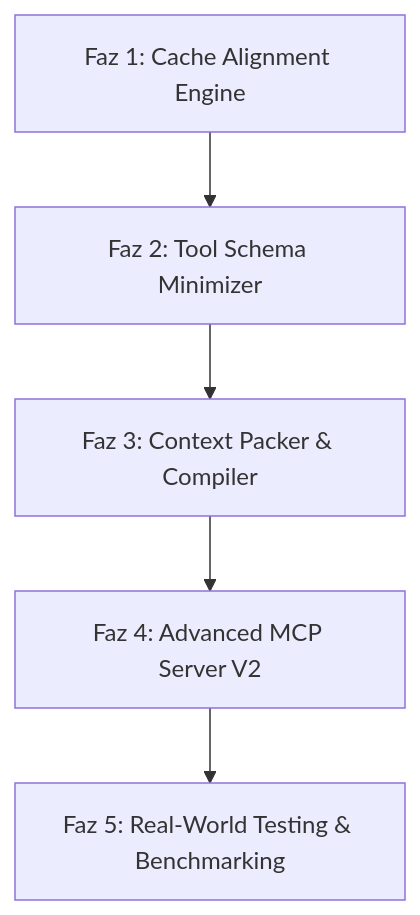
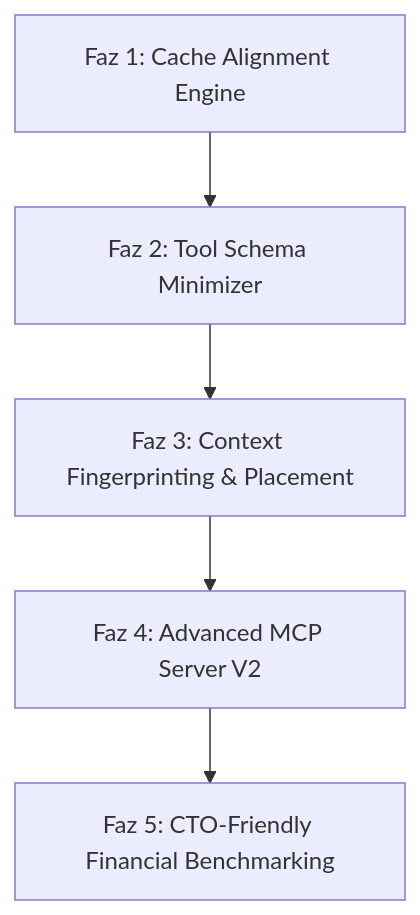
Before and after one commit to Baran3575/ContextIt: the diagram in plan.md, drawn with Mermaid. The commit also changed other lines of this file and 1 other file, not shown here.

Commit message:
docs: elevate ContextIt positioning and add Context Fingerprinting to plan.md

````diff
--- a/plan.md
+++ b/plan.md
@@ -32,7 +42,7 @@
 ```mermaid
 graph TD
     Phase1[Faz 1: Cache Alignment Engine] --> Phase2[Faz 2: Tool Schema Minimizer]
-    Phase2 --> Phase3[Faz 3: Context Packer & Compiler]
+    Phase2 --> Phase3[Faz 3: Context Fingerprinting & Placement]
     Phase3 --> Phase4[Faz 4: Advanced MCP Server V2]
-    Phase4 --> Phase5[Faz 5: Real-World Testing & Benchmarking]
+    Phase4 --> Phase5[Faz 5: CTO-Friendly Financial Benchmarking]
 ```
````
